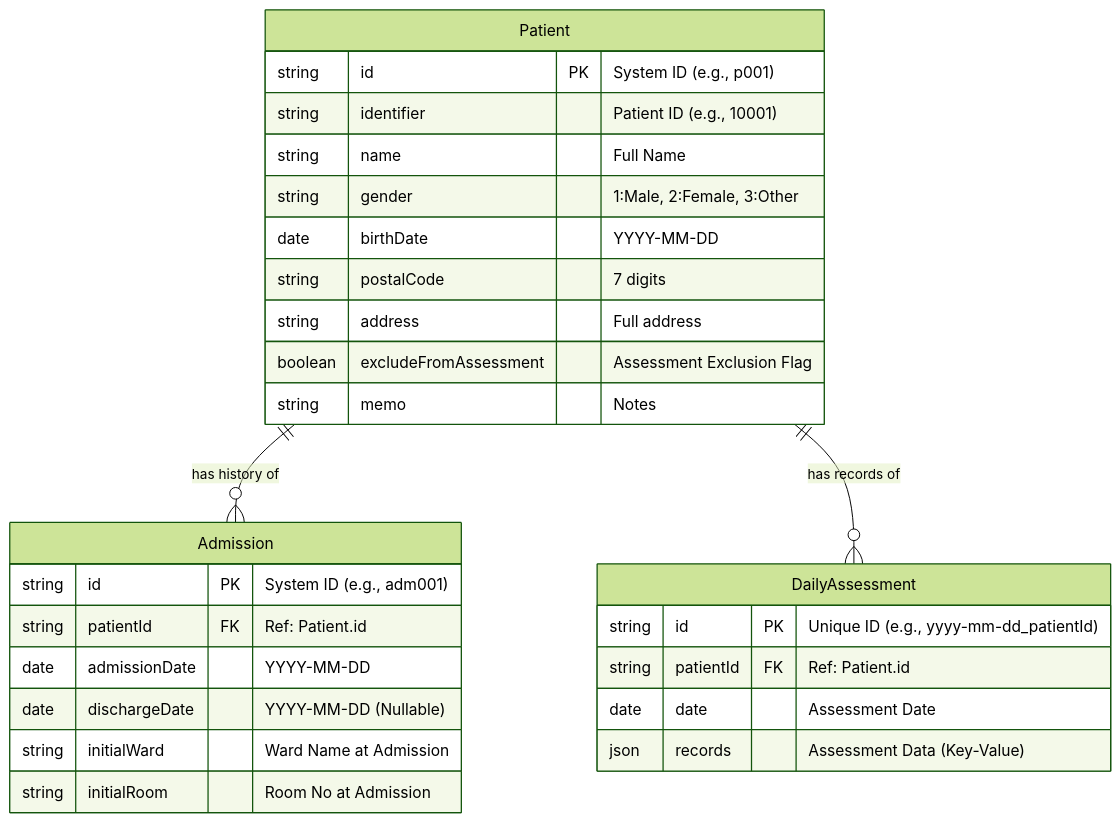
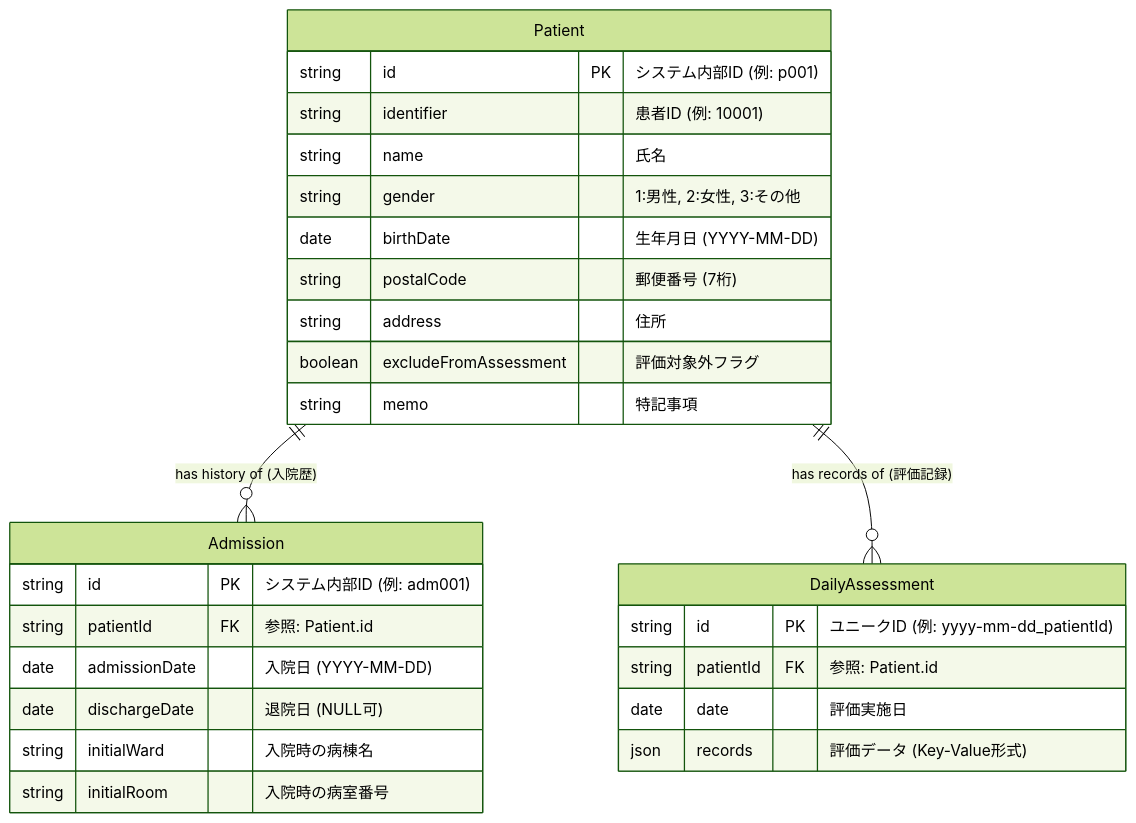
One commit to kumakumaaaaa/HfileMaker_v1 changed the diagram in SCHEMA.md. Above: the diagram before and after it, drawn with Mermaid (forest theme). The commit also changed other lines of this file, not shown here.

````diff
--- a/SCHEMA.md
+++ b/SCHEMA.md
@@ -7,35 +8,35 @@
 ```mermaid
 erDiagram
-    %% Master Tables
+    %% マスタテーブル
     Patient {
-        string id PK "System ID (e.g., p001)"
-        string identifier "Patient ID (e.g., 10001)"
-        string name "Full Name"
-        string gender "1:Male, 2:Female, 3:Other"
-        date birthDate "YYYY-MM-DD"
-        string postalCode "7 digits"
-        string address "Full address"
-        boolean excludeFromAssessment "Assessment Exclusion Flag"
-        string memo "Notes"
+        string id PK "システム内部ID (例: p001)"
+        string identifier "患者ID (例: 10001)"
+        string name "氏名"
+        string gender "1:男性, 2:女性, 3:その他"
+        date birthDate "生年月日 (YYYY-MM-DD)"
+        string postalCode "郵便番号 (7桁)"
+        string address "住所"
+        boolean excludeFromAssessment "評価対象外フラグ"
+        string memo "特記事項"
     }
 
     Admission {
-        string id PK "System ID (e.g., adm001)"
-        string patientId FK "Ref: Patient.id"
-        date admissionDate "YYYY-MM-DD"
-        date dischargeDate "YYYY-MM-DD (Nullable)"
-        string initialWard "Ward Name at Admission"
-        string initialRoom "Room No at Admission"
+        string id PK "システム内部ID (例: adm001)"
+        string patientId FK "参照: Patient.id"
+        date admissionDate "入院日 (YYYY-MM-DD)"
+        date dischargeDate "退院日 (NULL可)"
+        string initialWard "入院時の病棟名"
+        string initialRoom "入院時の病室番号"
     }
 
     DailyAssessment {
-        string id PK "Unique ID (e.g., yyyy-mm-dd_patientId)"
-        string patientId FK "Ref: Patient.id"
-        date date "Assessment Date"
-        json records "Assessment Data (Key-Value)"
+        string id PK "ユニークID (例: yyyy-mm-dd_patientId)"
+        string patientId FK "参照: Patient.id"
+        date date "評価実施日"
+        json records "評価データ (Key-Value形式)"
     }
 
-    %% Relationships
-    Patient ||--o{ Admission : "has history of"
-    Patient ||--o{ DailyAssessment : "has records of"
+    %% リレーションシップ
+    Patient ||--o{ Admission : "has history of (入院歴)"
+    Patient ||--o{ DailyAssessment : "has records of (評価記録)"
 ```
````
